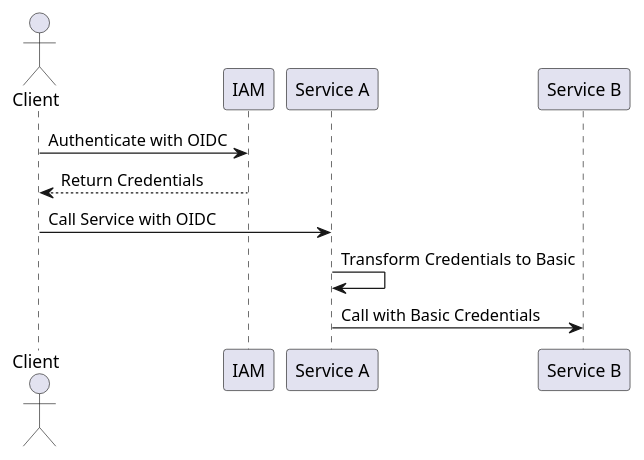
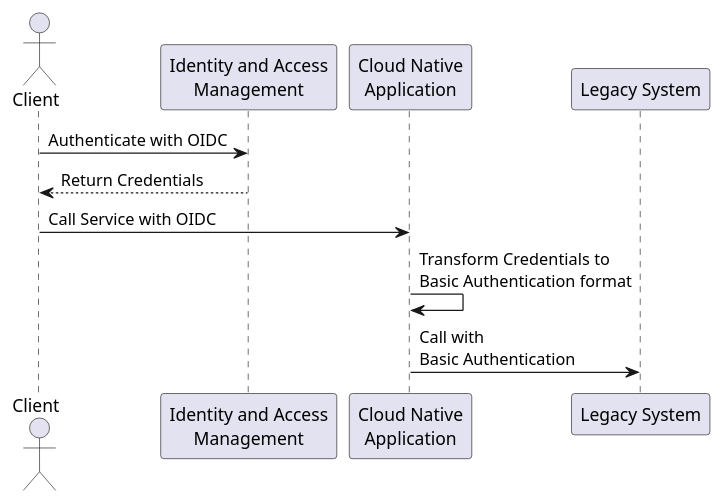
The diagram in diagrams/sequences/is-solution-process.puml (buehler/mse-project-thesis-1), drawn with PlantUML before and after one commit. The commit also changed 28 other files, not shown here.

```diff
--- a/diagrams/sequences/is-solution-process.puml
+++ b/diagrams/sequences/is-solution-process.puml
@@ -1,13 +1,14 @@
 @startuml
+skinparam backgroundcolor transparent
 
 actor Client as c
-participant IAM as i
-participant "Service A" as a
-participant "Service B" as b
+participant "Identity and Access\nManagement" as i
+participant "Cloud Native\nApplication" as a
+participant "Legacy System" as b
 
 c -> i : Authenticate with OIDC
 i --> c : Return Credentials
 c -> a : Call Service with OIDC
-a -> a : Transform Credentials to Basic
-a -> b : Call with Basic Credentials
+a -> a : Transform Credentials to\nBasic Authentication format
+a -> b : Call with\nBasic Authentication
 @enduml
```
